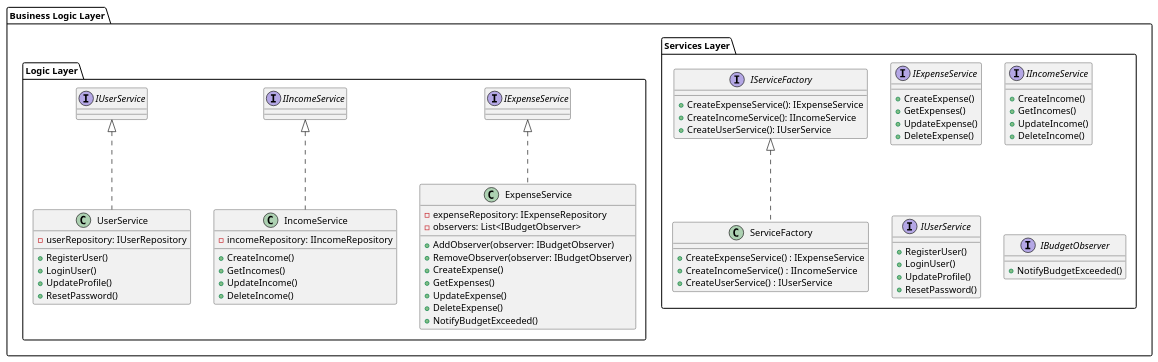
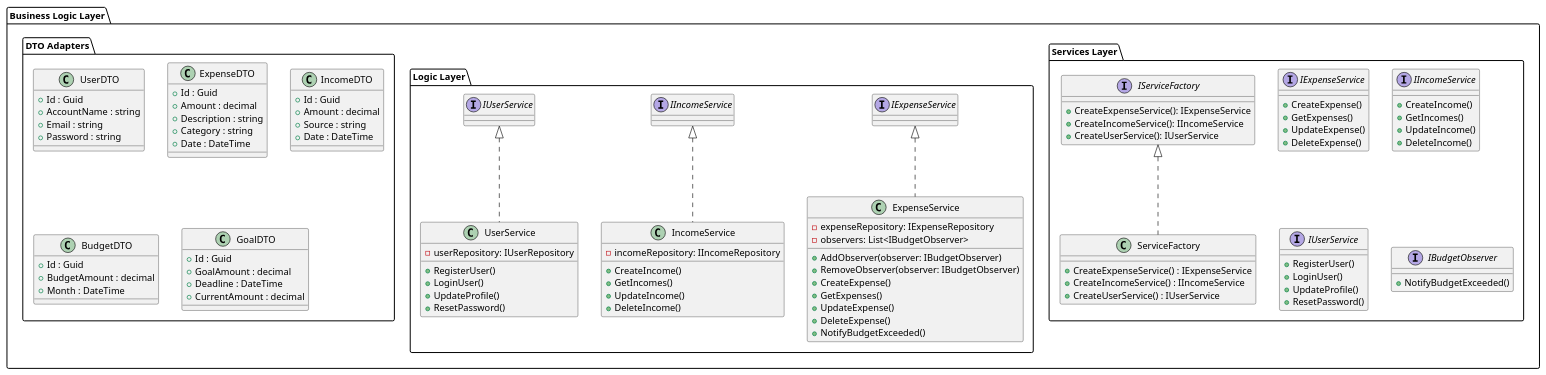
Before and after one commit to programacion-6/ExpenseTrackerGrupo2: the diagram in docs/uml/business-logic.puml, drawn with PlantUML.

Commit message:
docs: add `DTOs` in `Business` Layer

```diff
--- a/docs/uml/business-logic.puml
+++ b/docs/uml/business-logic.puml
@@ -1,76 +1,113 @@
 @startuml Business
 
 package "Business Logic Layer" {
     package "Services Layer" {
             interface IExpenseService {
             + CreateExpense()
             + GetExpenses()
             + UpdateExpense()
             + DeleteExpense()
         }
 
             interface IIncomeService {
             + CreateIncome()
             + GetIncomes()
             + UpdateIncome()
             + DeleteIncome()
         }
 
         interface IUserService {
             + RegisterUser()
             + LoginUser()
             + UpdateProfile()
             + ResetPassword()
         }
 
         ' Applying Factory Pattern for Services
         interface IServiceFactory {
             + CreateExpenseService(): IExpenseService
             + CreateIncomeService(): IIncomeService
             + CreateUserService(): IUserService
         }
 
         class ServiceFactory implements IServiceFactory {
             + CreateExpenseService() : IExpenseService
             + CreateIncomeService() : IIncomeService
             + CreateUserService() : IUserService
         }
 
         ' Observer pattern to notify about budget thresholds
         interface IBudgetObserver {
             + NotifyBudgetExceeded()
         }
     }
 
     package "Logic Layer" {
         class ExpenseService implements IExpenseService {
             - expenseRepository: IExpenseRepository
             - observers: List<IBudgetObserver>
             + AddObserver(observer: IBudgetObserver)
             + RemoveObserver(observer: IBudgetObserver)
             + CreateExpense()
             + GetExpenses()
             + UpdateExpense()
             + DeleteExpense()
             + NotifyBudgetExceeded()
         }
 
         class IncomeService implements IIncomeService {
             - incomeRepository: IIncomeRepository
             + CreateIncome()
             + GetIncomes()
             + UpdateIncome()
             + DeleteIncome()
         }
 
         class UserService implements IUserService {
             - userRepository: IUserRepository
             + RegisterUser()
             + LoginUser()
             + UpdateProfile()
             + ResetPassword()
         }
     }
+
+    package "DTO Adapters" {
+        class UserDTO {
+            + Id : Guid
+            + AccountName : string
+            + Email : string
+            + Password : string
+        }
+
+        class ExpenseDTO {
+            + Id : Guid
+            + Amount : decimal
+            + Description : string
+            + Category : string
+            + Date : DateTime
+        }
+
+        class IncomeDTO {
+            + Id : Guid
+            + Amount : decimal
+            + Source : string
+            + Date : DateTime
+        }
+
+        class BudgetDTO {
+            + Id : Guid
+            + BudgetAmount : decimal
+            + Month : DateTime
+        }
+
+        class GoalDTO {
+            + Id : Guid
+            + GoalAmount : decimal
+            + Deadline : DateTime
+            + CurrentAmount : decimal
+        }
+    }
 }
 
 @enduml
```
